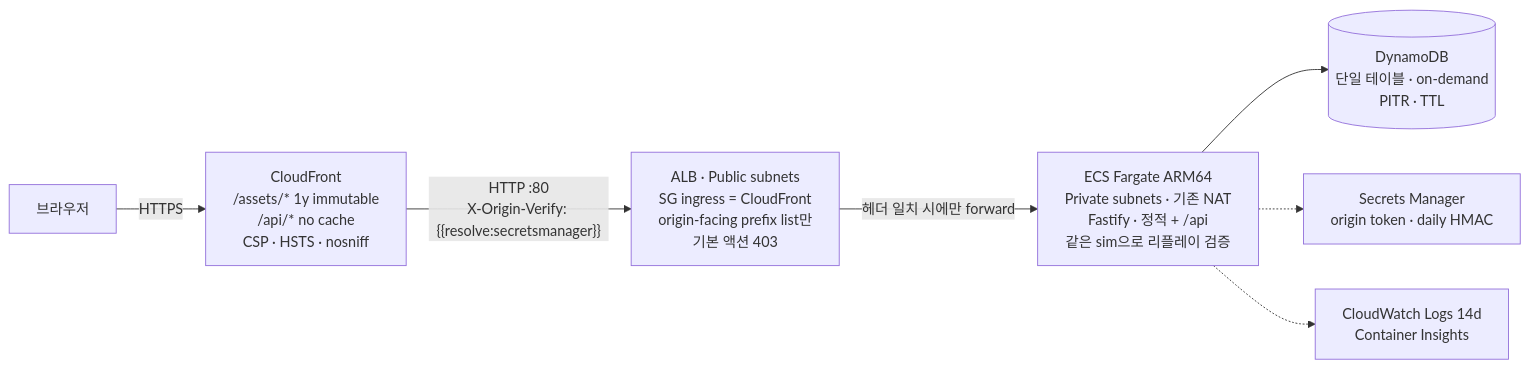
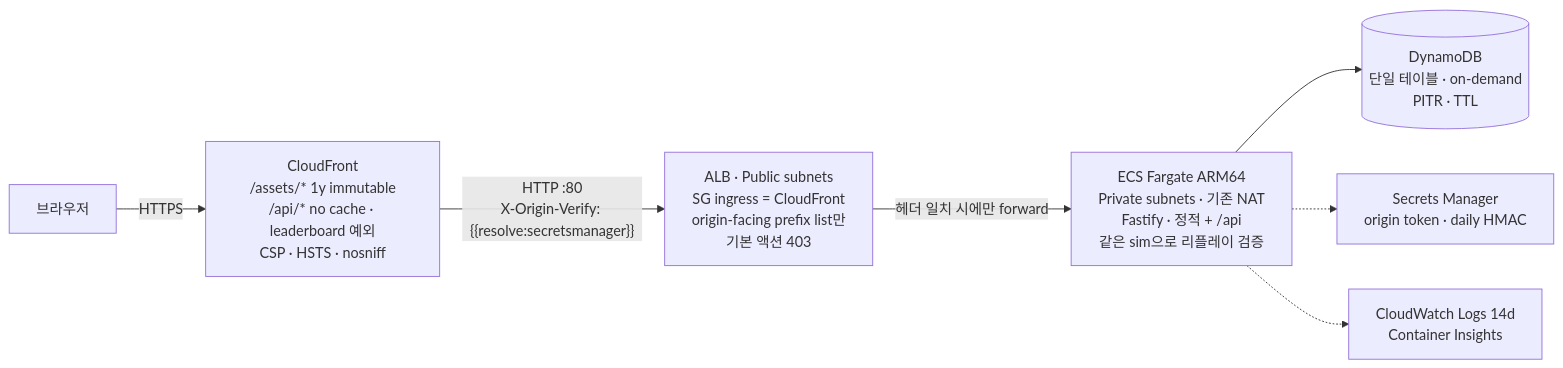
The diagram in README.md (whchoi98/clawd-game), drawn with Mermaid before and after one commit. The commit also changed other lines of this file and 24 other files, not shown here.

````diff
--- a/README.md
+++ b/README.md
@@ -62,9 +64,9 @@
 ```mermaid
 flowchart LR
-  B[브라우저] -->|HTTPS| CF[CloudFront<br/>/assets/* 1y immutable<br/>/api/* no cache<br/>CSP · HSTS · nosniff]
+  B[브라우저] -->|HTTPS| CF[CloudFront<br/>/assets/* 1y immutable<br/>/api/* no cache · leaderboard 예외<br/>CSP · HSTS · nosniff]
   CF -->|"HTTP :80<br/>X-Origin-Verify: {{resolve:secretsmanager}}"| ALB[ALB · Public subnets<br/>SG ingress = CloudFront<br/>origin-facing prefix list만<br/>기본 액션 403]
   ALB -->|헤더 일치 시에만 forward| SVC[ECS Fargate ARM64<br/>Private subnets · 기존 NAT<br/>Fastify · 정적 + /api<br/>같은 sim으로 리플레이 검증]
   SVC --> DDB[(DynamoDB<br/>단일 테이블 · on-demand<br/>PITR · TTL)]
   SVC -.-> SM[Secrets Manager<br/>origin token · daily HMAC]
   SVC -.-> CW[CloudWatch Logs 14d<br/>Container Insights]
 ```
````
